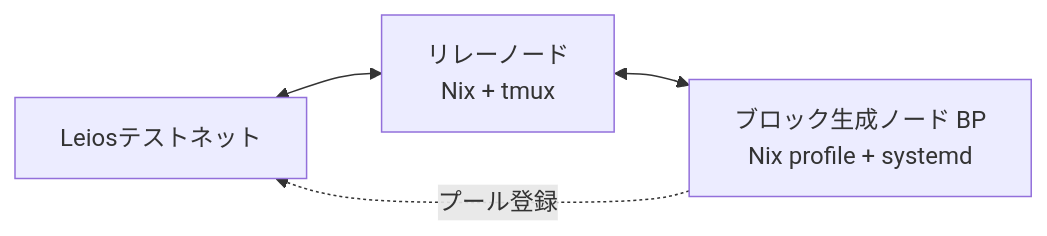
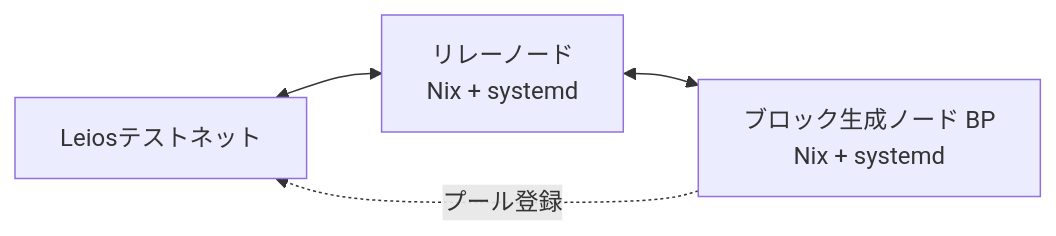
One commit to kuhito-inc/spojapanguild changed the diagram in content/docs/cardano/leios-testnet/index.mdx. Above: the diagram before and after it, drawn with Mermaid. The commit also changed other lines of this file and 6 other files, not shown here.

````diff
--- a/content/docs/cardano/leios-testnet/index.mdx
+++ b/content/docs/cardano/leios-testnet/index.mdx
@@ -61,6 +61,6 @@
 ```mermaid
 graph LR
-    Internet[Leiosテストネット] <--> Relay[リレーノード<br/>Nix + tmux];
-    Relay <--> BP[ブロック生成ノード BP<br/>Nix profile + systemd];
+    Internet[Leiosテストネット] <--> Relay[リレーノード<br/>Nix + systemd];
+    Relay <--> BP[ブロック生成ノード BP<br/>Nix + systemd];
     BP -.プール登録.-> Internet;
 ```
````
